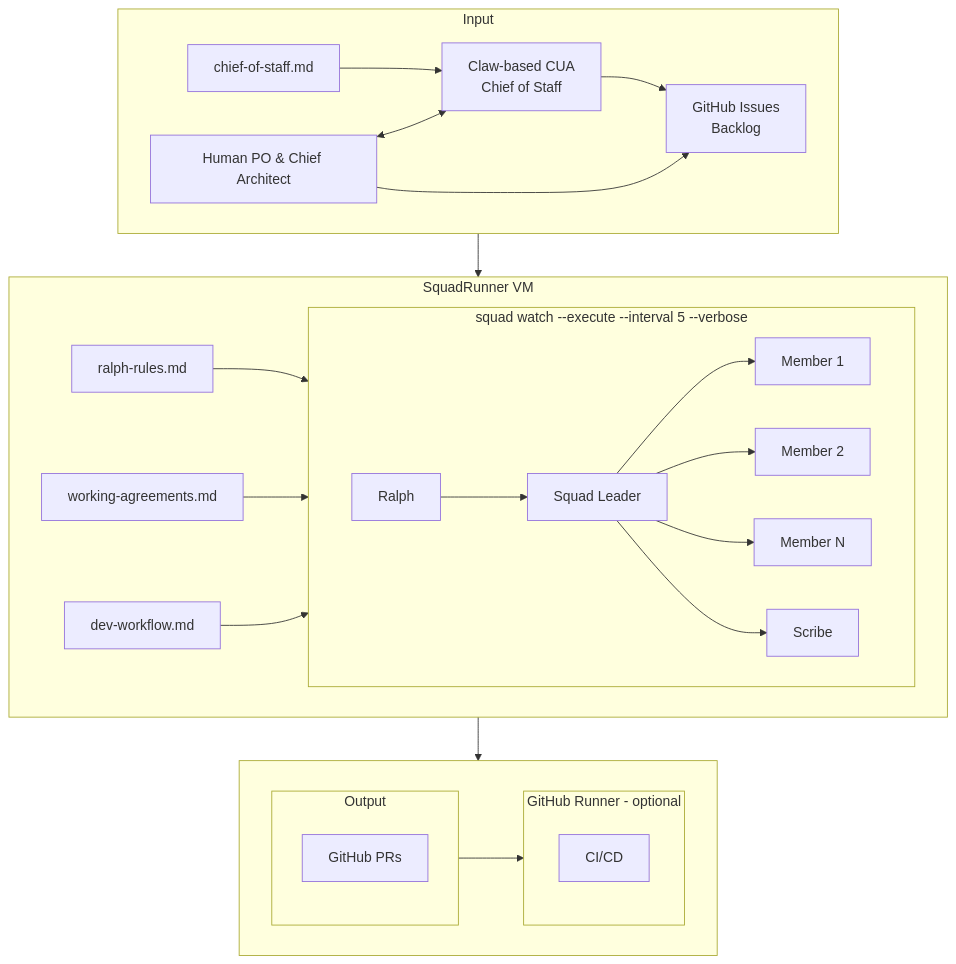
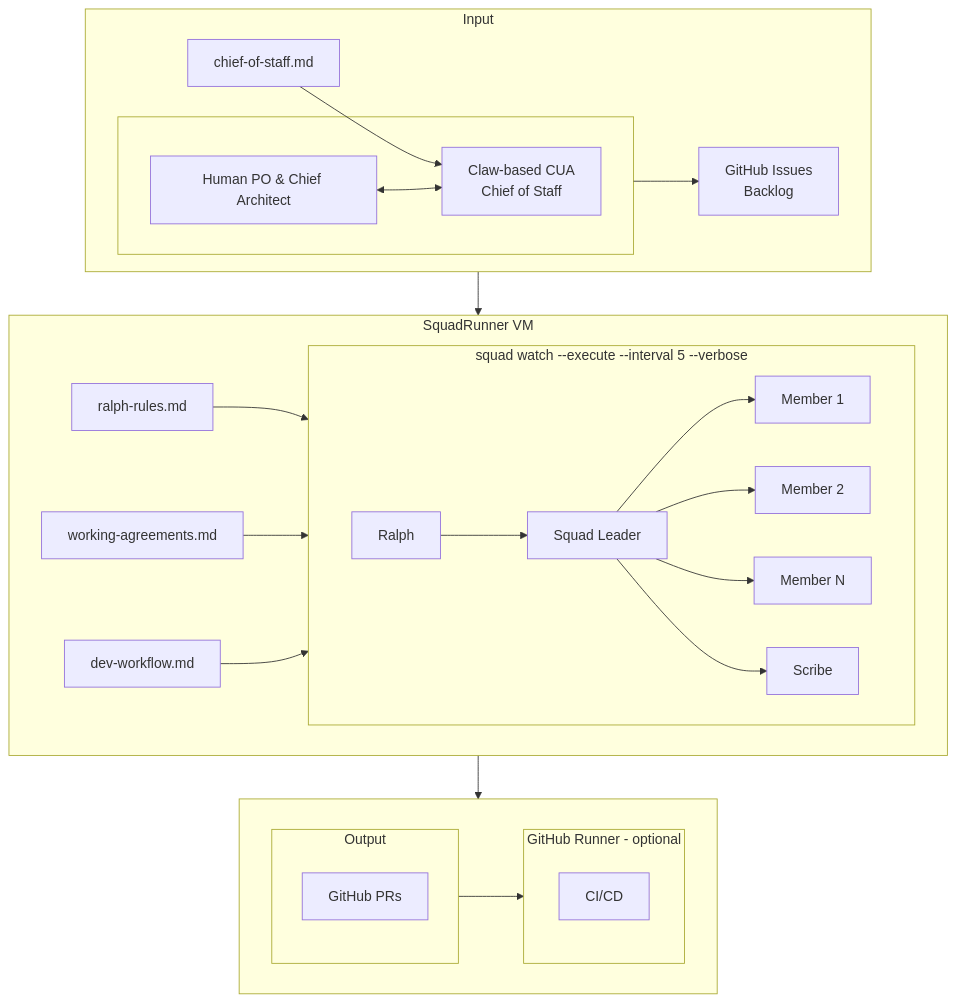
Before and after one commit to TheeUnderdog/SquadRunner: the diagram in README.md, drawn with Mermaid. The commit also changed other lines of this file, not shown here.

Commit message:
Use inner subgraph to align Human above CUA

````diff
--- a/README.md
+++ b/README.md
@@ -9,38 +9,40 @@
 ```mermaid
 flowchart TD
     subgraph Input
         COS[chief-of-staff.md] --> CUA
-        H[Human PO & Chief Architect] <--> CUA[Claw-based CUA<br/>Chief of Staff]
-        CUA --> GH[GitHub Issues<br/>Backlog]
-        H --> GH
+        subgraph Team[ ]
+            H[Human PO & Chief Architect]
+            H <--> CUA[Claw-based CUA<br/>Chief of Staff]
+        end
+        Team --> GH[GitHub Issues<br/>Backlog]
     end
     
     Input --> VM
     
     subgraph VM[SquadRunner VM]
         RR[ralph-rules.md] --> SW
         WA[working-agreements.md] --> SW
         DW[dev-workflow.md] --> SW
         subgraph SW[squad watch --execute --interval 5 --verbose]
             direction LR
             R[Ralph] --> SL[Squad Leader]
             SL --> M1[Member 1]
             SL --> M2[Member 2]
             SL --> MN[Member N]
             SL --> SC[Scribe]
         end
     end
     
     VM --> Bottom
     
     subgraph Bottom[ ]
         direction LR
         subgraph Output
             PR[GitHub PRs]
         end
         Output --> Runner
         subgraph Runner[GitHub Runner - optional]
             CI[CI/CD]
         end
     end
 ```
````
